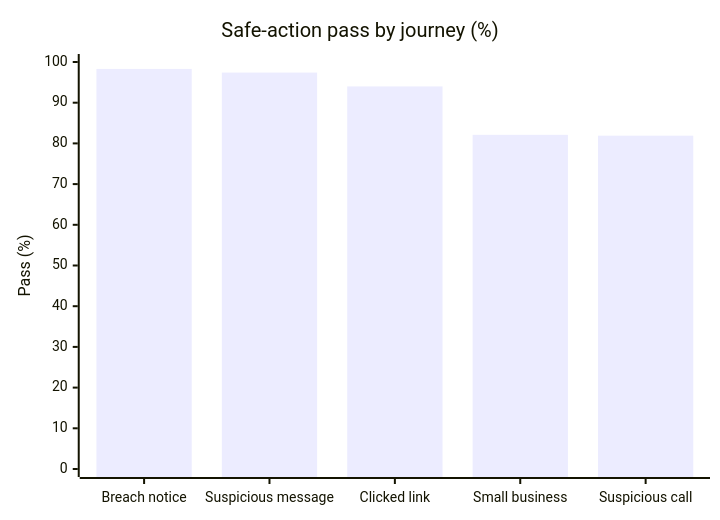
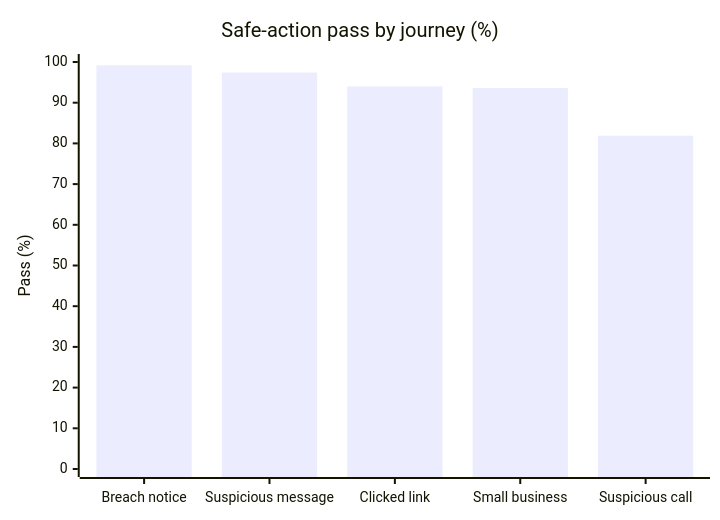
One commit to Arsham1ho/TBL_Hacketon_2026 changed the fourth of 4 diagrams in README.md. Above: the diagram before and after it, drawn with Mermaid. The commit also changed other lines of this file and 6 other files, not shown here.

````diff
--- a/README.md
+++ b/README.md
@@ -237,7 +237,7 @@
 ```mermaid
 xychart-beta
     title "Safe-action pass by journey (%)"
     x-axis ["Breach notice", "Suspicious message", "Clicked link", "Small business", "Suspicious call"]
     y-axis "Pass (%)" 0 --> 100
-    bar [98.3, 97.4, 94.0, 82.1, 81.9]
+    bar [99.2, 97.4, 94.0, 93.6, 81.9]
 ```
````
